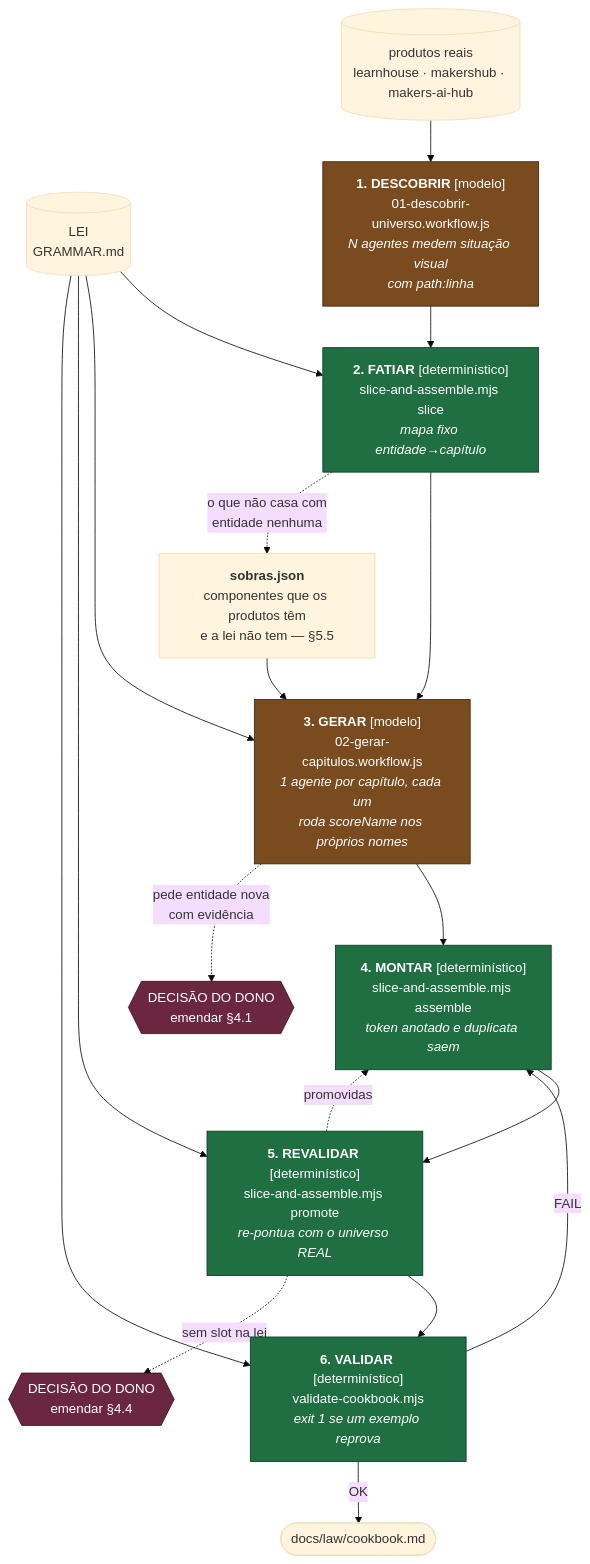
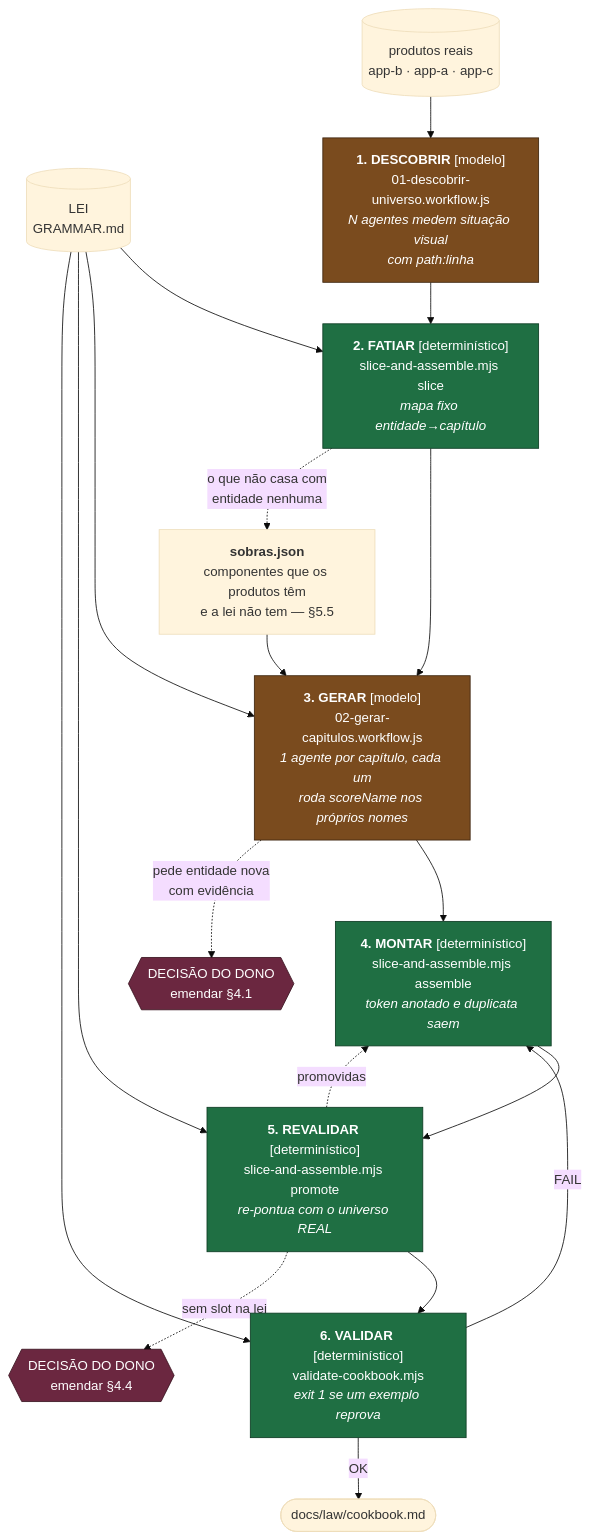
The diagram in .claude/skills/tokenize-design-system/scripts/cookbook/README.md (gutocarollo/ui-tokenizer), drawn with Mermaid (base theme) before and after one commit. The commit also changed 51 other files, not shown here.

````diff
--- a/.claude/skills/tokenize-design-system/scripts/cookbook/README.md
+++ b/.claude/skills/tokenize-design-system/scripts/cookbook/README.md
@@ -16,28 +16,28 @@
 ```mermaid
 flowchart TD
     L[("LEI<br/>GRAMMAR.md")] --> G2 & G3 & G5 & G6
-    P[("produtos reais<br/>learnhouse · makershub · makers-ai-hub")] --> G1
+    P[("produtos reais<br/>app-b · app-a · app-c")] --> G1
 
     G1["<b>1. DESCOBRIR</b> [modelo]<br/>01-descobrir-universo.workflow.js<br/><i>N agentes medem situação visual<br/>com path:linha</i>"]
     G2["<b>2. FATIAR</b> [determinístico]<br/>slice-and-assemble.mjs slice<br/><i>mapa fixo entidade→capítulo</i>"]
     G3["<b>3. GERAR</b> [modelo]<br/>02-gerar-capitulos.workflow.js<br/><i>1 agente por capítulo, cada um<br/>roda scoreName nos próprios nomes</i>"]
     G4["<b>4. MONTAR</b> [determinístico]<br/>slice-and-assemble.mjs assemble<br/><i>token anotado e duplicata saem</i>"]
     G5["<b>5. REVALIDAR</b> [determinístico]<br/>slice-and-assemble.mjs promote<br/><i>re-pontua com o universo REAL</i>"]
     G6["<b>6. VALIDAR</b> [determinístico]<br/>validate-cookbook.mjs<br/><i>exit 1 se um exemplo reprova</i>"]
 
     G1 --> G2 --> G3 --> G4 --> G5 --> G6
     G2 -.->|"o que não casa com<br/>entidade nenhuma"| SOB["<b>sobras.json</b><br/>componentes que os produtos têm<br/>e a lei não tem — §5.5"]
     SOB --> G3
     G5 -.->|"promovidas"| G4
     G6 -->|"FAIL"| G4
     G6 -->|"OK"| OUT([docs/law/cookbook.md])
     G3 -.->|"pede entidade nova<br/>com evidência"| DONO{{"DECISÃO DO DONO<br/>emendar §4.1"}}
     G5 -.->|"sem slot na lei"| DONO2{{"DECISÃO DO DONO<br/>emendar §4.4"}}
 
     classDef det fill:#1f6f43,stroke:#0d3b23,color:#fff
     classDef mod fill:#7a4b1e,stroke:#3d250f,color:#fff
     classDef hum fill:#6b2740,stroke:#38131f,color:#fff
     class G2,G4,G5,G6 det
     class G1,G3 mod
     class DONO,DONO2 hum
 ```
````
